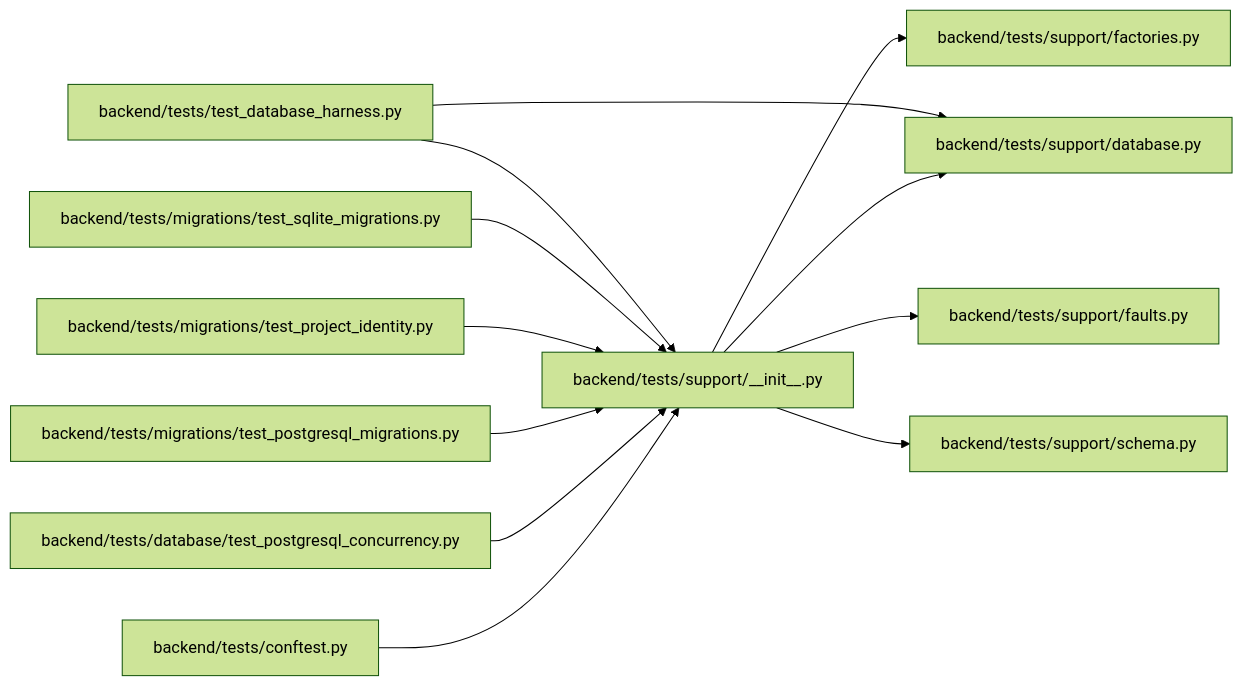
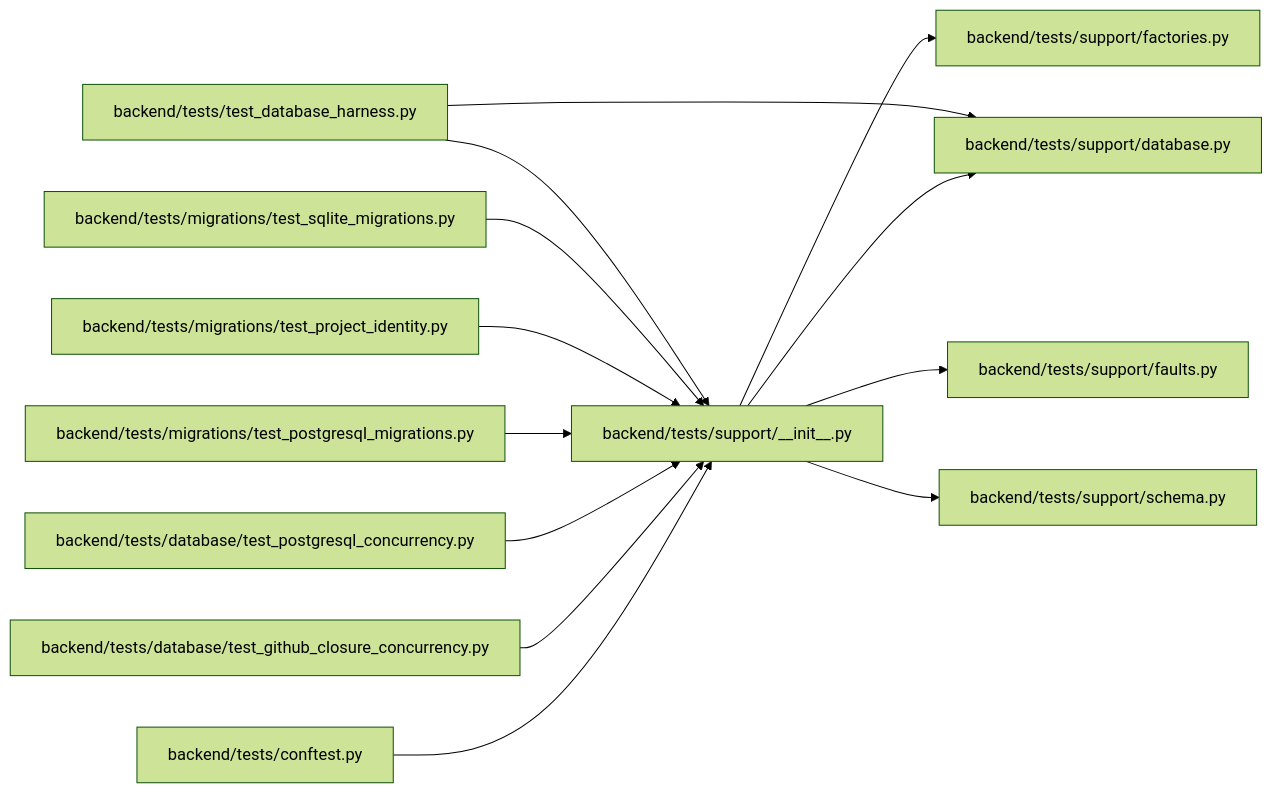
The diagram in docs/llm_wiki/modules/support___init__.md (Denissvgn/WorkChord), drawn with Mermaid (forest theme) before and after one commit. The commit also changed other lines of this file and 1420 other files, not shown here.

First line of the commit message:
Refresh the architectural wiki for the 1.10.0 changes

````diff
--- a/docs/llm_wiki/modules/support___init__.md
+++ b/docs/llm_wiki/modules/support___init__.md
@@ -21,36 +21,39 @@
 ```mermaid
 flowchart LR
     n0["backend/tests/conftest.py"]
-    n1["backend/tests/database/test_postgresql_concurrency.py"]
-    n2["backend/tests/migrations/test_postgresql_migrations.py"]
-    n3["backend/tests/migrations/test_project_identity.py"]
-    n4["backend/tests/migrations/test_sqlite_migrations.py"]
-    n5["backend/tests/support/__init__.py"]
-    n6["backend/tests/support/database.py"]
-    n7["backend/tests/support/factories.py"]
-    n8["backend/tests/support/faults.py"]
-    n9["backend/tests/support/schema.py"]
-    n10["backend/tests/test_database_harness.py"]
-    n0 --> n5
-    n1 --> n5
-    n2 --> n5
-    n3 --> n5
-    n4 --> n5
+    n1["backend/tests/database/test_github_closure_concurrency.py"]
+    n2["backend/tests/database/test_postgresql_concurrency.py"]
+    n3["backend/tests/migrations/test_postgresql_migrations.py"]
+    n4["backend/tests/migrations/test_project_identity.py"]
+    n5["backend/tests/migrations/test_sqlite_migrations.py"]
+    n6["backend/tests/support/__init__.py"]
+    n7["backend/tests/support/database.py"]
+    n8["backend/tests/support/factories.py"]
+    n9["backend/tests/support/faults.py"]
+    n10["backend/tests/support/schema.py"]
+    n11["backend/tests/test_database_harness.py"]
+    n0 --> n6
+    n1 --> n6
+    n2 --> n6
+    n3 --> n6
+    n4 --> n6
     n5 --> n6
-    n5 --> n7
-    n5 --> n8
-    n5 --> n9
-    n10 --> n5
-    n10 --> n6
+    n6 --> n7
+    n6 --> n8
+    n6 --> n9
+    n6 --> n10
+    n11 --> n6
+    n11 --> n7
     click n0 "../modules/conftest.md"
-    click n1 "../modules/test_postgresql_concurrency.md"
-    click n2 "../modules/test_postgresql_migrations.md"
-    click n3 "../modules/test_project_identity.md"
-    click n4 "../modules/test_sqlite_migrations.md"
-    click n5 "../modules/support___init__.md"
-    click n6 "../modules/support_database.md"
-    click n7 "../modules/factories.md"
-    click n8 "../modules/faults.md"
-    click n9 "../modules/schema.md"
-    click n10 "../modules/test_database_harness.md"
+    click n1 "../modules/test_github_closure_concurrency.md"
+    click n2 "../modules/test_postgresql_concurrency.md"
+    click n3 "../modules/test_postgresql_migrations.md"
+    click n4 "../modules/test_project_identity.md"
+    click n5 "../modules/test_sqlite_migrations.md"
+    click n6 "../modules/support___init__.md"
+    click n7 "../modules/support_database.md"
+    click n8 "../modules/factories.md"
+    click n9 "../modules/faults.md"
+    click n10 "../modules/schema.md"
+    click n11 "../modules/test_database_harness.md"
 ```
````
